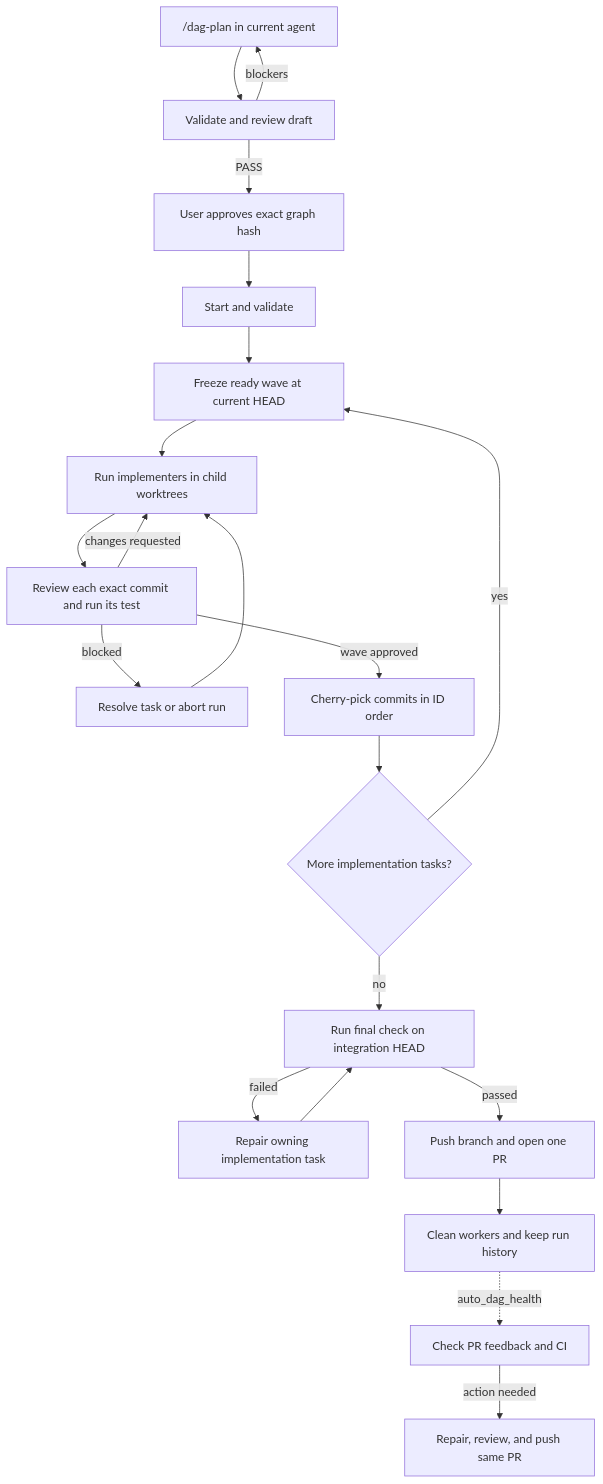
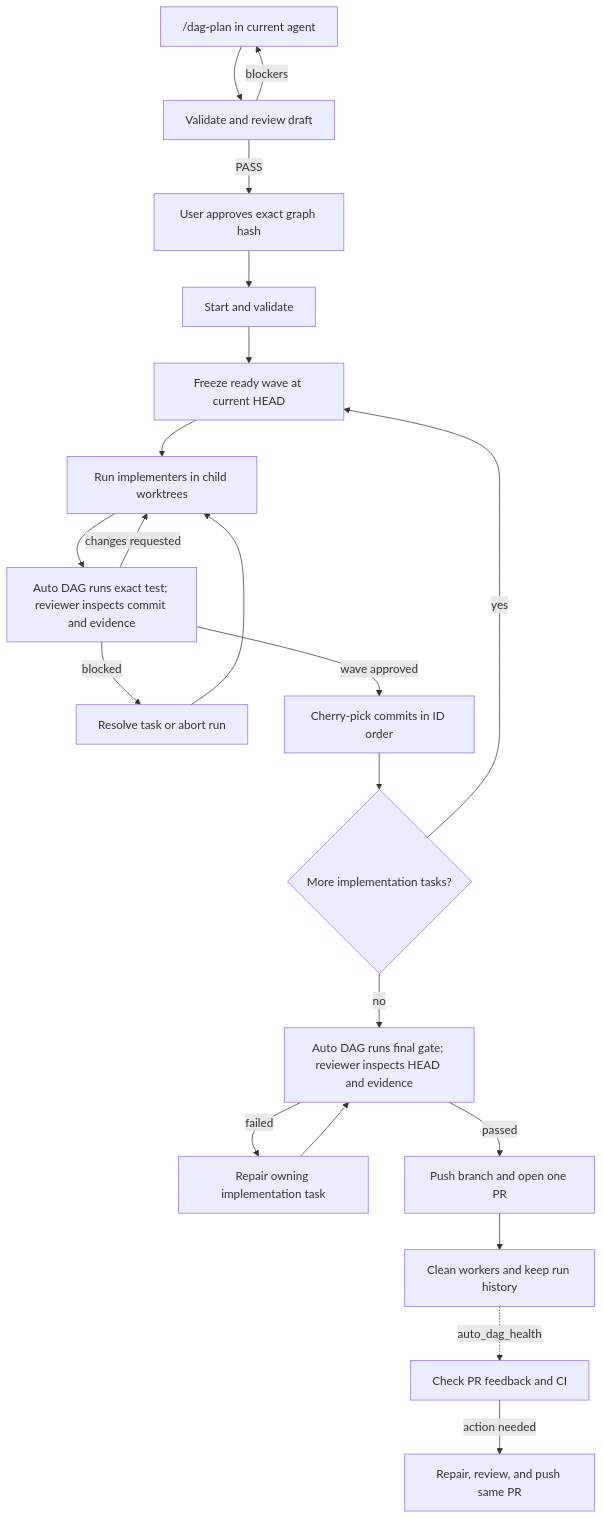
Before and after one commit to HenryQW/pi-harness: the diagram in packages/pi-auto-dag/README.md, drawn with Mermaid. The commit also changed other lines of this file and 14 other files, not shown here.

First line of the commit message:
feat(pi-auto-dag)!: execute required gates before review

````diff
--- a/packages/pi-auto-dag/README.md
+++ b/packages/pi-auto-dag/README.md
@@ -137,23 +137,23 @@
 ```mermaid
 flowchart TD
     P["/dag-plan in current agent"] --> R["Validate and review draft"]
     R -->|blockers| P
     R -->|PASS| A["User approves exact graph hash"]
     A --> B["Start and validate"]
     B --> C["Freeze ready wave at current HEAD"]
     C --> D["Run implementers in child worktrees"]
-    D --> E["Review each exact commit and run its test"]
+    D --> E["Auto DAG runs exact test; reviewer inspects commit and evidence"]
     E -->|changes requested| D
     E -->|blocked| X["Resolve task or abort run"]
     X --> D
     E -->|wave approved| F["Cherry-pick commits in ID order"]
     F --> G{"More implementation tasks?"}
     G -->|yes| C
-    G -->|no| H["Run final check on integration HEAD"]
+    G -->|no| H["Auto DAG runs final gate; reviewer inspects HEAD and evidence"]
     H -->|failed| I["Repair owning implementation task"]
     I --> H
     H -->|passed| J["Push branch and open one PR"]
     J --> K["Clean workers and keep run history"]
     K -. auto_dag_health .-> L["Check PR feedback and CI"]
     L -->|action needed| M["Repair, review, and push same PR"]
 ```
````
